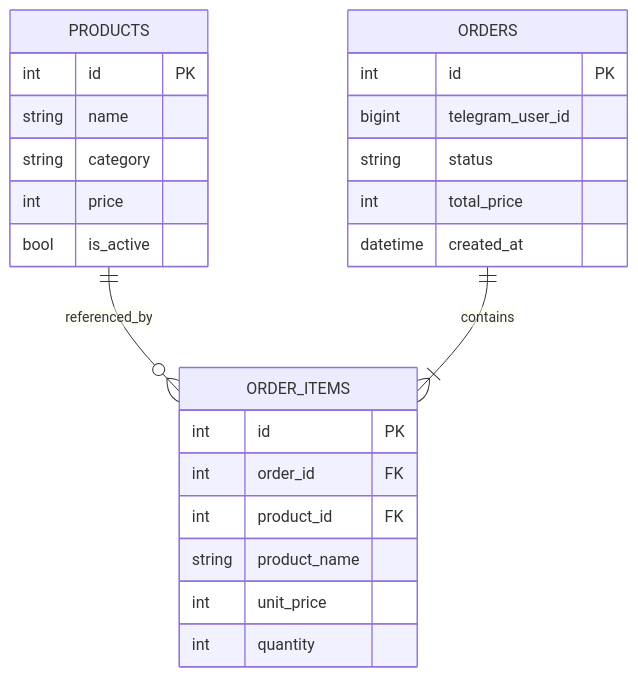
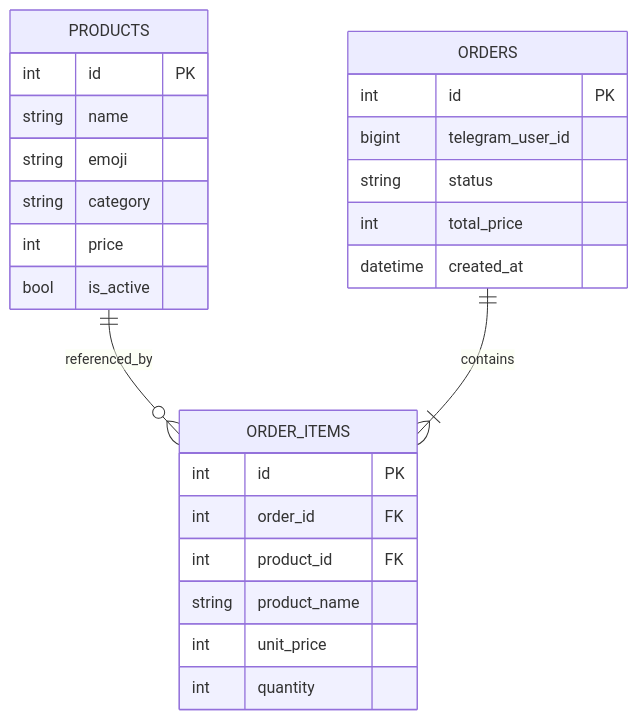
Before and after one commit to KezzGR/pizzaforge-telegram-bot: the second of 2 diagrams in README.md, drawn with Mermaid. The commit also changed other lines of this file and 2 other files, not shown here.

````diff
--- a/README.md
+++ b/README.md
@@ -46,28 +101,29 @@
 ```mermaid
 erDiagram
     PRODUCTS ||--o{ ORDER_ITEMS : referenced_by
     ORDERS ||--|{ ORDER_ITEMS : contains
 
     PRODUCTS {
         int id PK
         string name
+        string emoji
         string category
         int price
         bool is_active
     }
     ORDERS {
         int id PK
         bigint telegram_user_id
         string status
         int total_price
         datetime created_at
     }
     ORDER_ITEMS {
         int id PK
         int order_id FK
         int product_id FK
         string product_name
         int unit_price
         int quantity
     }
 ```
````
